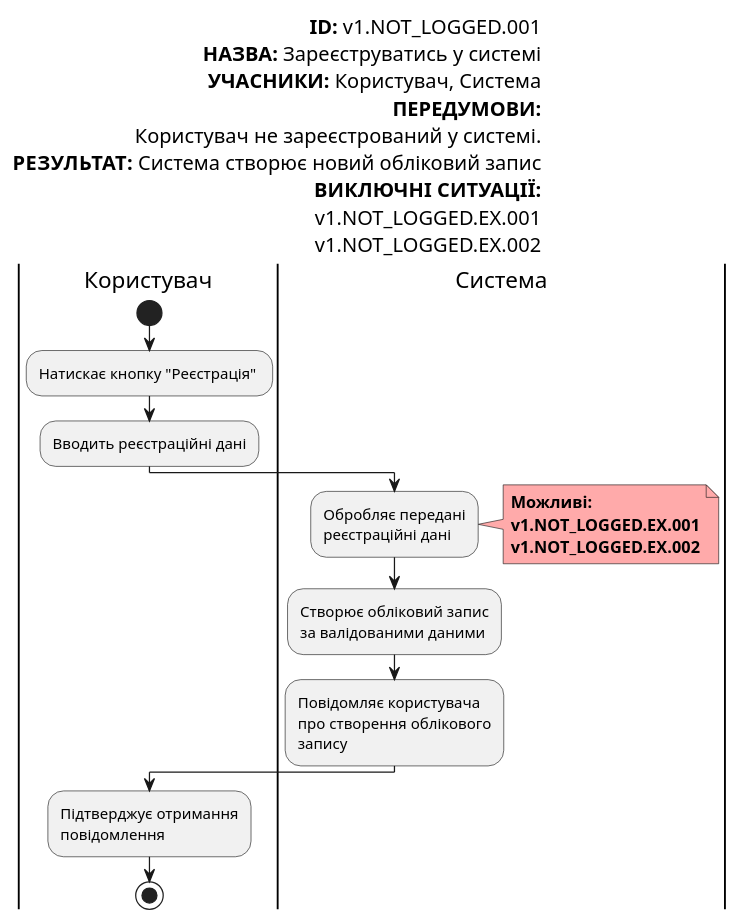
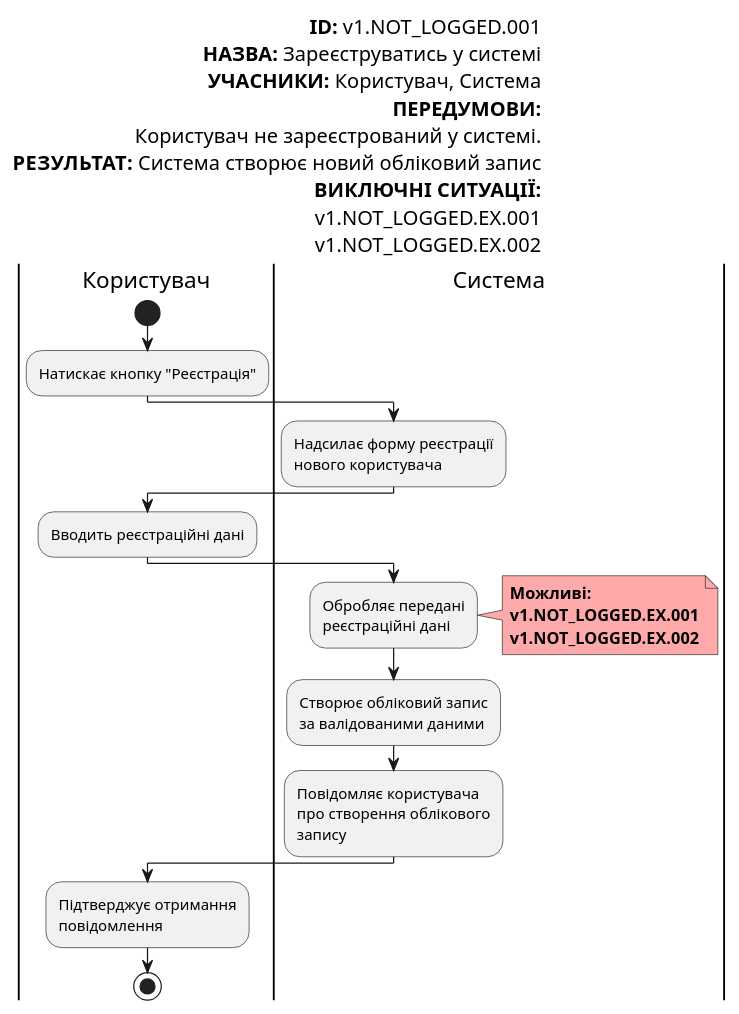
The fifth of 23 diagrams in docs/use-cases/README.md (gurug-prog/survey-expert), drawn with PlantUML before and after one commit. The commit also changed other lines of this file and 3 other files, not shown here.

Commit message:
Improve diagrams

```diff
--- a/docs/use-cases/README.md
+++ b/docs/use-cases/README.md
@@ -109,44 +109,50 @@
   @startuml
 
         left header
              <font color=000 size=16><b>ID:</b> v1.NOT_LOGGED.001
              <font color=000 size=16><b>НАЗВА:</b> Зареєструватись у системі
              <font color=000 size=16><b>УЧАСНИКИ:</b> Користувач, Система
              <font color=000 size=16><b>ПЕРЕДУМОВИ:</b>
              <font color=000 size=16>Користувач не зареєстрований у системі.
              <font color=000 size=16><b>РЕЗУЛЬТАТ:</b> Система створює новий обліковий запис
              <font color=000 size=16><b>ВИКЛЮЧНІ СИТУАЦІЇ:</b>
              <font color=000 size=16>v1.NOT_LOGGED.EX.001
              <font color=000 size=16>v1.NOT_LOGGED.EX.002
          end header
 
          |Користувач|
              start
-             :Натискає кнопку "Реєстрація" ;
+             :Натискає кнопку "Реєстрація";
+
+             |Система|
+             :Надсилає форму реєстрації
+             нового користувача;
+
+         |Користувач|
              :Вводить реєстраційні дані;
 
          |Система|
              :Обробляє передані
              реєстраційні дані;
 
              note right #ffaaaa
              <b>Можливі:</b>
              <b>v1.NOT_LOGGED.EX.001</b>
              <b>v1.NOT_LOGGED.EX.002</b>
              end note
 
              :Створює обліковий запис
              за валідованими даними;
 
              :Повідомляє користувача
              про створення облікового
              запису;
 
          |Користувач|
 
             :Підтверджує отримання
             повідомлення;
 
             stop;
 
   @enduml
```
